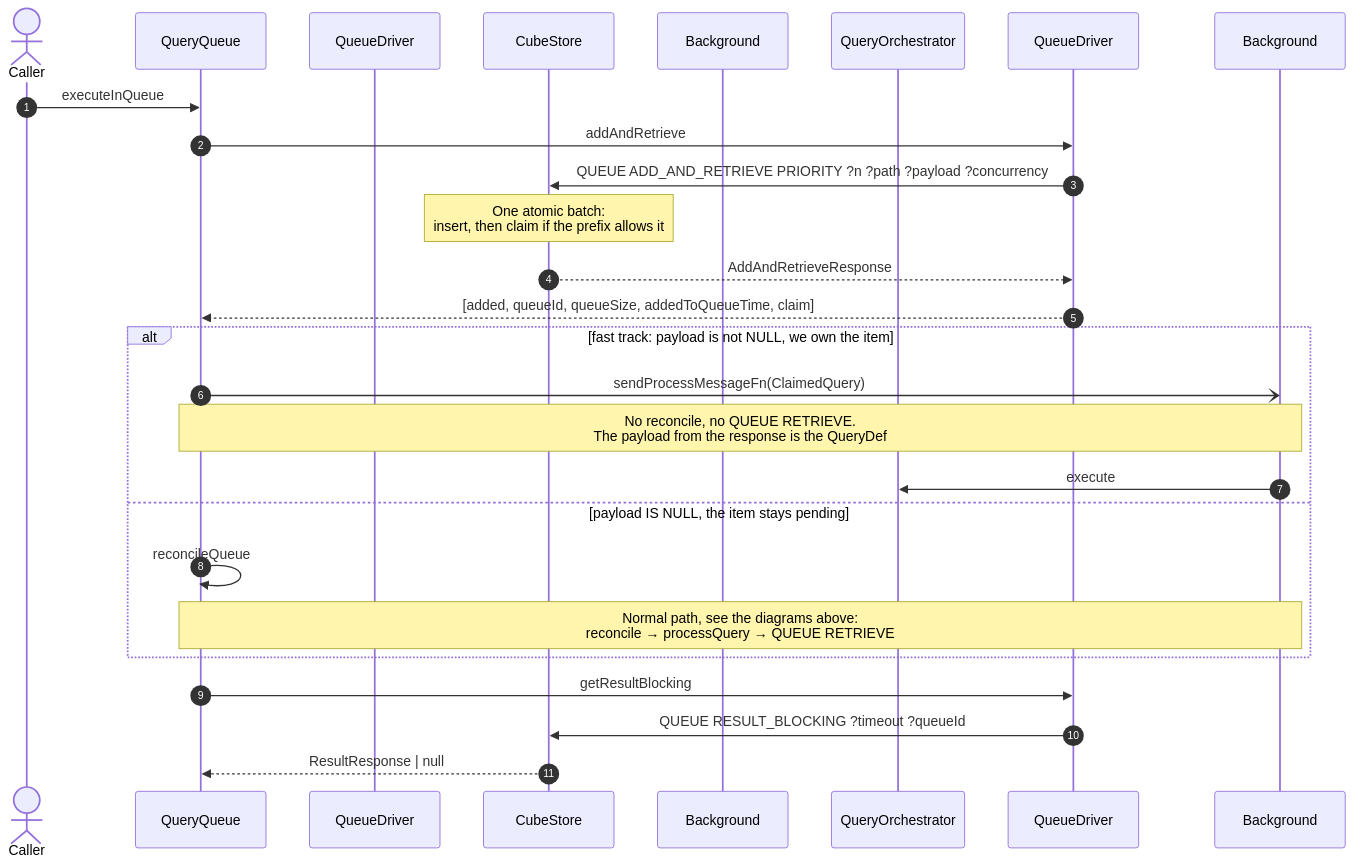
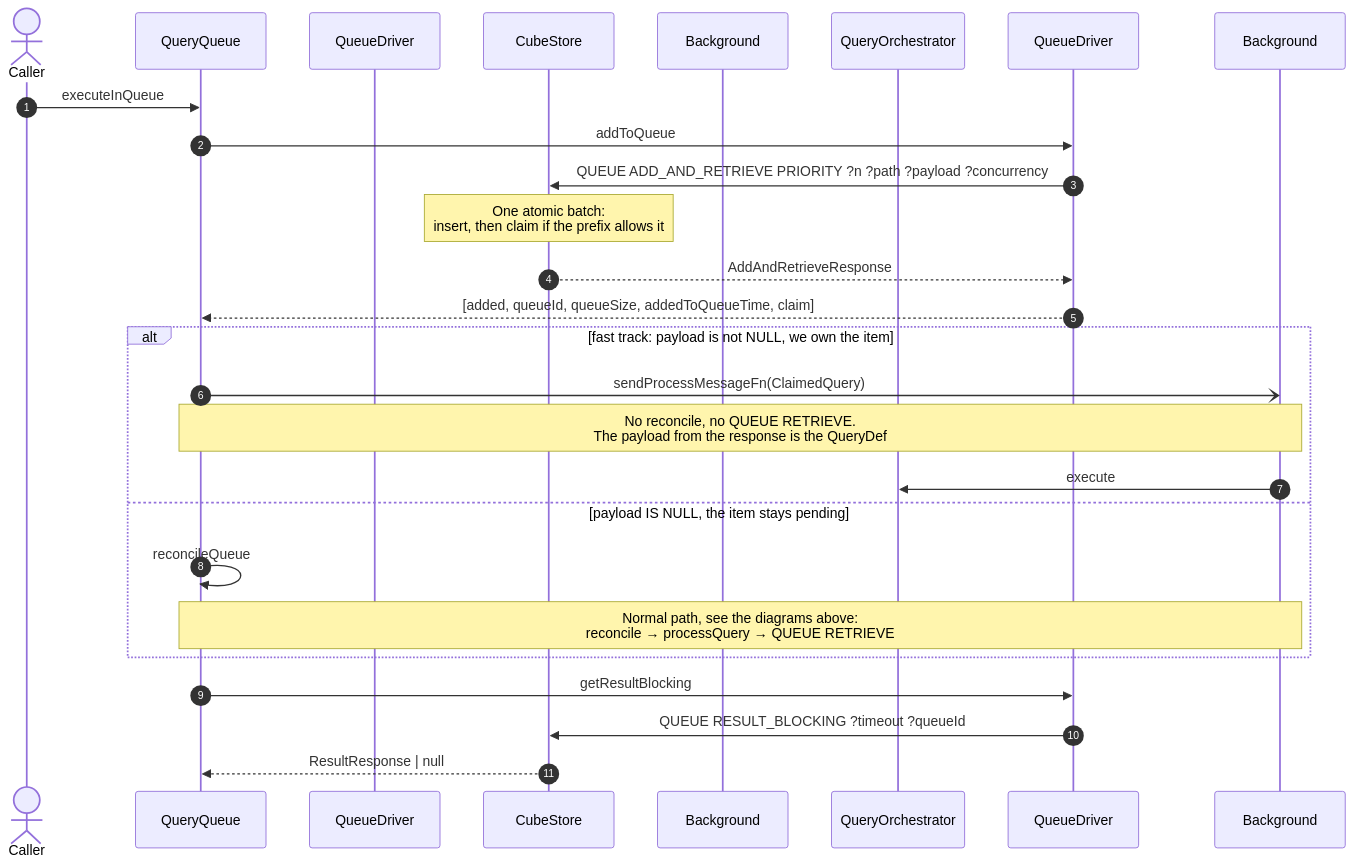
The fourth of 4 diagrams in packages/cubejs-query-orchestrator/DEVELOPMENT.md (cube-js/cube), drawn with Mermaid before and after one commit. The commit also changed other lines of this file and 5 other files, not shown here.

First line of the commit message:
refactor(query-orchestrator): fold the fast track back into addToQueue

````diff
--- a/packages/cubejs-query-orchestrator/DEVELOPMENT.md
+++ b/packages/cubejs-query-orchestrator/DEVELOPMENT.md
@@ -276,31 +276,31 @@
 ```mermaid
 sequenceDiagram
     autonumber
     actor Caller
     participant QueryQueue
     participant QueueDriverInterface as QueueDriver
     participant CubeStore
     participant BackgroundQueryQueue as Background
     participant QueryOrchestrator
 
     Caller->>QueryQueue: executeInQueue
-    QueryQueue->>QueueDriver: addAndRetrieve
+    QueryQueue->>QueueDriver: addToQueue
 
     QueueDriver->>CubeStore: QUEUE ADD_AND_RETRIEVE PRIORITY ?n ?path ?payload ?concurrency
     Note over CubeStore: One atomic batch:<br/>insert, then claim if the prefix allows it
     CubeStore-->>QueueDriver: AddAndRetrieveResponse
     QueueDriver-->>QueryQueue: [added, queueId, queueSize, addedToQueueTime, claim]
 
     alt fast track: payload is not NULL, we own the item
         QueryQueue-)Background: sendProcessMessageFn(ClaimedQuery)
         Note over QueryQueue,Background: No reconcile, no QUEUE RETRIEVE.<br/>The payload from the response is the QueryDef
         Background->>QueryOrchestrator: execute
     else payload IS NULL, the item stays pending
         QueryQueue->>QueryQueue: reconcileQueue
         Note over QueryQueue,Background: Normal path, see the diagrams above:<br/>reconcile → processQuery → QUEUE RETRIEVE
     end
 
     QueryQueue->>QueueDriver: getResultBlocking
     QueueDriver->>CubeStore: QUEUE RESULT_BLOCKING ?timeout ?queueId
     CubeStore-->>QueryQueue: ResultResponse | null
 ```
````
